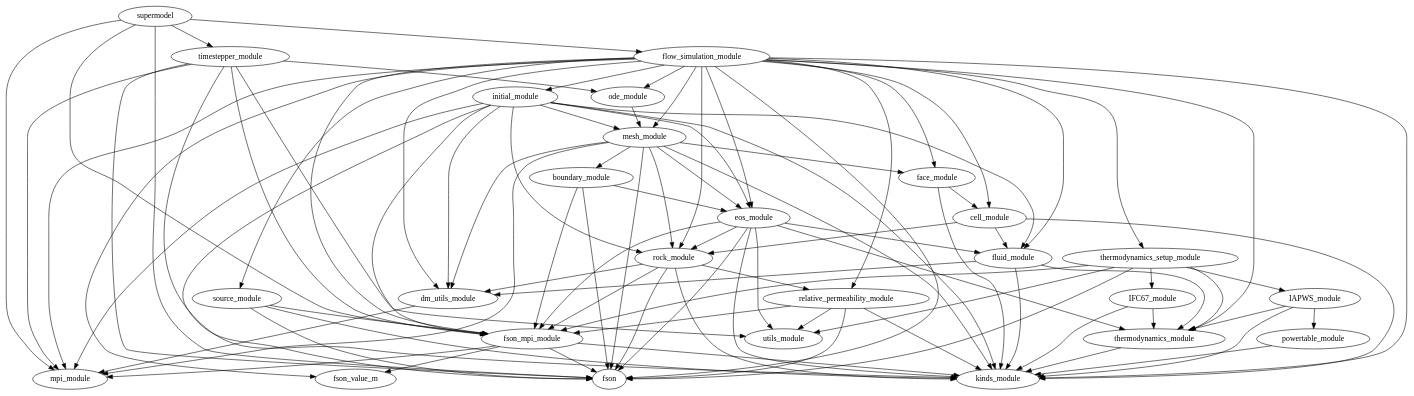
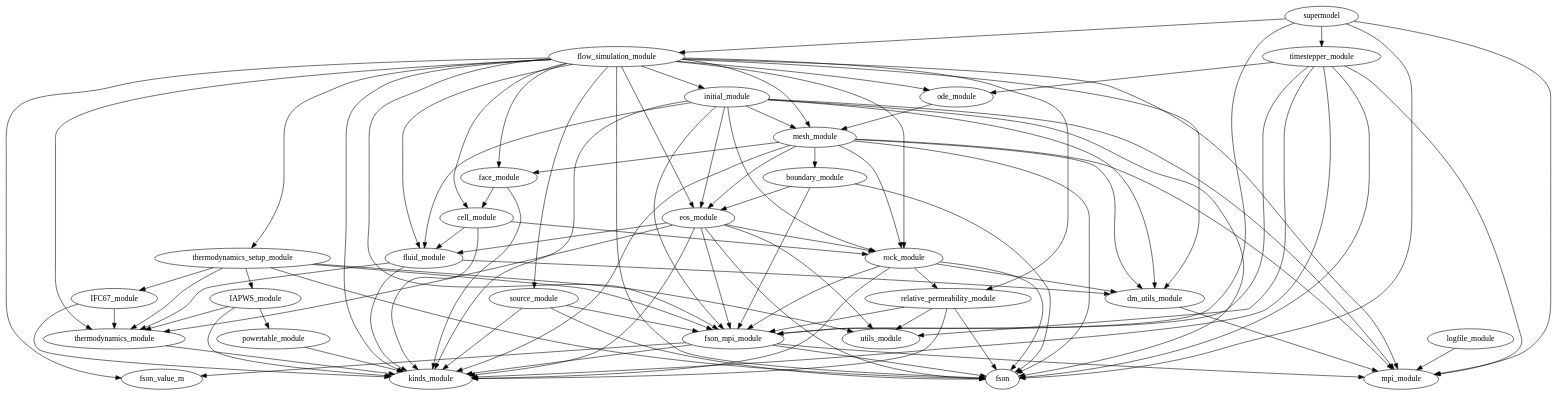
One commit to waiwera/waiwera changed the diagram in doc/depends.dot. Above: the diagram before and after it, drawn with Graphviz. The commit also changed 3 other files, not shown here.

Commit message:
Added logfile module

```diff
--- a/doc/depends.dot
+++ b/doc/depends.dot
@@ -1,97 +1,98 @@
-digraph supermodel{
+digraph logfile_module{
         fluid_module -> dm_utils_module
         fluid_module -> kinds_module
         fluid_module -> thermodynamics_module
         eos_module -> fluid_module
         eos_module -> fson
         eos_module -> fson_mpi_module
         eos_module -> kinds_module
         eos_module -> rock_module
         eos_module -> thermodynamics_module
         eos_module -> utils_module
         rock_module -> dm_utils_module
         rock_module -> fson
         rock_module -> fson_mpi_module
         rock_module -> kinds_module
         rock_module -> relative_permeability_module
         powertable_module -> kinds_module
         ode_module -> mesh_module
         dm_utils_module -> mpi_module
         cell_module -> fluid_module
         cell_module -> kinds_module
         cell_module -> rock_module
         boundary_module -> eos_module
         boundary_module -> fson
         boundary_module -> fson_mpi_module
         flow_simulation_module -> cell_module
         flow_simulation_module -> dm_utils_module
         flow_simulation_module -> eos_module
         flow_simulation_module -> face_module
         flow_simulation_module -> fluid_module
         flow_simulation_module -> fson
         flow_simulation_module -> fson_mpi_module
         flow_simulation_module -> fson_value_m
         flow_simulation_module -> initial_module
         flow_simulation_module -> kinds_module
         flow_simulation_module -> mesh_module
         flow_simulation_module -> mpi_module
         flow_simulation_module -> ode_module
         flow_simulation_module -> relative_permeability_module
         flow_simulation_module -> rock_module
         flow_simulation_module -> source_module
         flow_simulation_module -> thermodynamics_module
         flow_simulation_module -> thermodynamics_setup_module
         thermodynamics_module -> kinds_module
         face_module -> cell_module
         face_module -> kinds_module
         initial_module -> dm_utils_module
         initial_module -> eos_module
         initial_module -> fluid_module
         initial_module -> fson
         initial_module -> fson_mpi_module
         initial_module -> kinds_module
         initial_module -> mesh_module
         initial_module -> mpi_module
         initial_module -> rock_module
         mesh_module -> boundary_module
         mesh_module -> dm_utils_module
         mesh_module -> eos_module
         mesh_module -> face_module
         mesh_module -> fson
         mesh_module -> kinds_module
         mesh_module -> mpi_module
         mesh_module -> rock_module
         fson_mpi_module -> fson
         fson_mpi_module -> fson_value_m
         fson_mpi_module -> kinds_module
         fson_mpi_module -> mpi_module
         IFC67_module -> kinds_module
         IFC67_module -> thermodynamics_module
         supermodel -> flow_simulation_module
         supermodel -> fson
         supermodel -> fson_mpi_module
         supermodel -> mpi_module
         supermodel -> timestepper_module
         source_module -> fson
         source_module -> fson_mpi_module
         source_module -> kinds_module
         IAPWS_module -> kinds_module
         IAPWS_module -> powertable_module
         IAPWS_module -> thermodynamics_module
         thermodynamics_setup_module -> IAPWS_module
         thermodynamics_setup_module -> IFC67_module
         thermodynamics_setup_module -> fson
         thermodynamics_setup_module -> fson_mpi_module
         thermodynamics_setup_module -> thermodynamics_module
         thermodynamics_setup_module -> utils_module
         timestepper_module -> fson
         timestepper_module -> fson_mpi_module
         timestepper_module -> kinds_module
         timestepper_module -> mpi_module
         timestepper_module -> ode_module
         timestepper_module -> utils_module
+        logfile_module -> mpi_module
         relative_permeability_module -> fson
         relative_permeability_module -> fson_mpi_module
         relative_permeability_module -> kinds_module
         relative_permeability_module -> utils_module
 }
```
